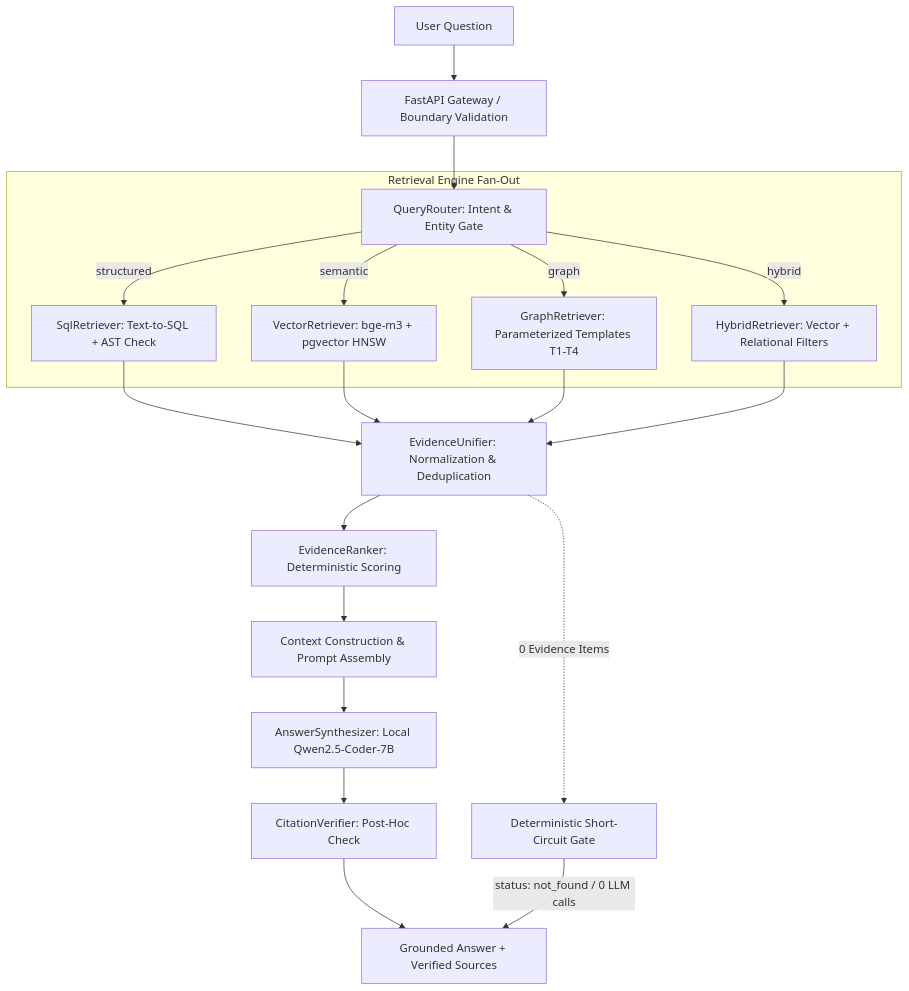
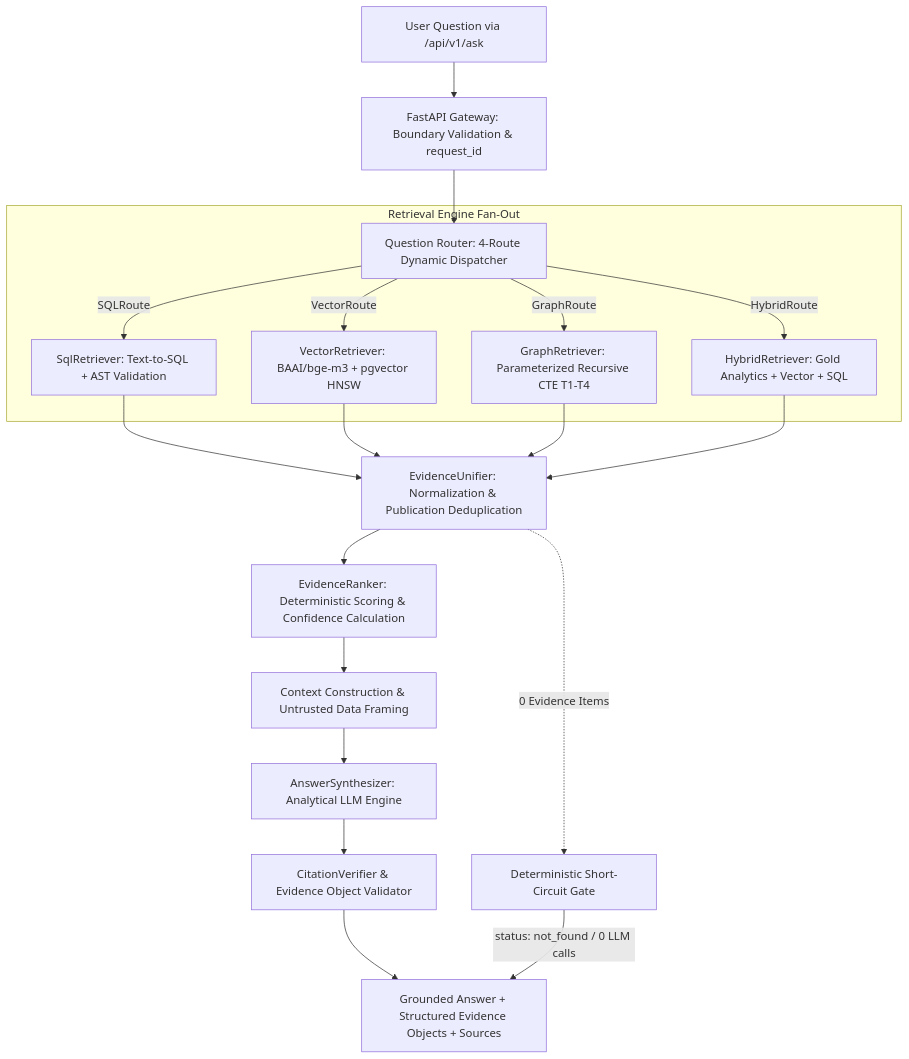
Before and after one commit to CodeByAbi/AI-Bibliometrics: the first of 3 diagrams in docs/05 Retrieval Rag Design.md, drawn with Mermaid. The commit also changed other lines of this file and 16 other files, not shown here.

Commit message:
docs: consolidate Hybrid Master README + docs 03-07,10,12 and cleaned data snapshot

````diff
--- a/docs/05 Retrieval Rag Design.md
+++ b/docs/05 Retrieval Rag Design.md
@@ -37,26 +34,26 @@
 ```mermaid
 flowchart TD
-    UserQuery[User Question] --> Gateway[FastAPI Gateway / Boundary Validation]
-    Gateway --> Router[QueryRouter: Intent & Entity Gate]
+    UserQuery[User Question via /api/v1/ask] --> Gateway[FastAPI Gateway: Boundary Validation & request_id]
+    Gateway --> Router[Question Router: 4-Route Dynamic Dispatcher]
     
     subgraph RetrievalEngine [Retrieval Engine Fan-Out]
-        Router -->|structured| SQLR[SqlRetriever: Text-to-SQL + AST Check]
-        Router -->|semantic| VecR[VectorRetriever: bge-m3 + pgvector HNSW]
-        Router -->|graph| GraphR[GraphRetriever: Parameterized Templates T1-T4]
-        Router -->|hybrid| HybR[HybridRetriever: Vector + Relational Filters]
+        Router -->|SQLRoute| SQLR[SqlRetriever: Text-to-SQL + AST Validation]
+        Router -->|VectorRoute| VecR[VectorRetriever: BAAI/bge-m3 + pgvector HNSW]
+        Router -->|GraphRoute| GraphR[GraphRetriever: Parameterized Recursive CTE T1-T4]
+        Router -->|HybridRoute| HybR[HybridRetriever: Gold Analytics + Vector + SQL]
     end
 
-    SQLR --> Unifier[EvidenceUnifier: Normalization & Deduplication]
+    SQLR --> Unifier[EvidenceUnifier: Normalization & Publication Deduplication]
     VecR --> Unifier
     GraphR --> Unifier
     HybR --> Unifier
 
-    Unifier --> Ranker[EvidenceRanker: Deterministic Scoring]
-    Ranker --> Context[Context Construction & Prompt Assembly]
-    Context --> Synth[AnswerSynthesizer: Local Qwen2.5-Coder-7B]
-    Synth --> Verifier[CitationVerifier: Post-Hoc Check]
-    Verifier --> Output[Grounded Answer + Verified Sources]
+    Unifier --> Ranker[EvidenceRanker: Deterministic Scoring & Confidence Calculation]
+    Ranker --> Context[Context Construction & Untrusted Data Framing]
+    Context --> Synth[AnswerSynthesizer: Analytical LLM Engine]
+    Synth --> Verifier[CitationVerifier & Evidence Object Validator]
+    Verifier --> Output[Grounded Answer + Structured Evidence Objects + Sources]
 
     Unifier -.->|0 Evidence Items| ShortCircuit[Deterministic Short-Circuit Gate]
     ShortCircuit -->|status: not_found / 0 LLM calls| Output
 ```
````
